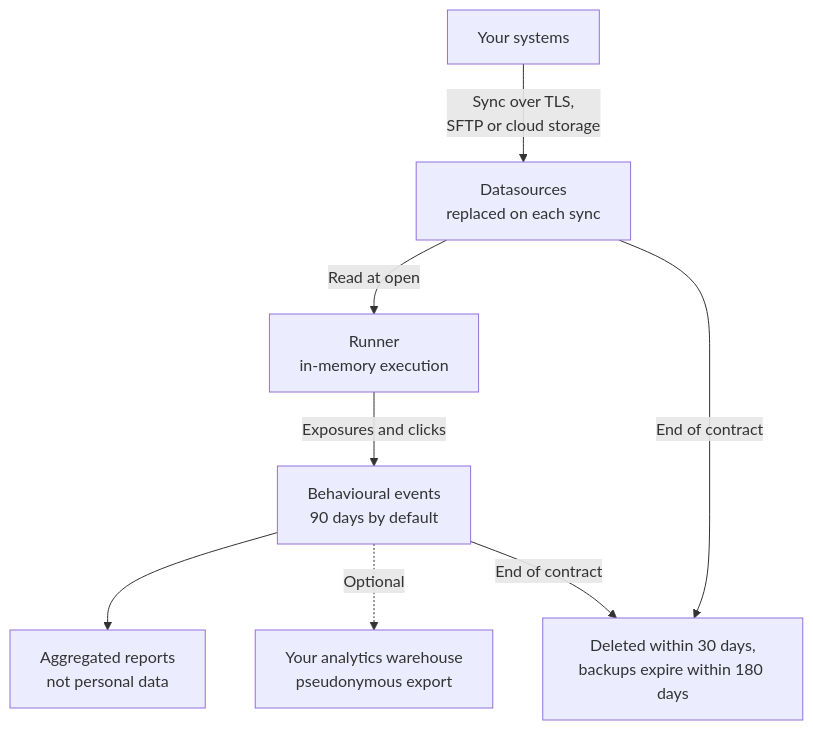
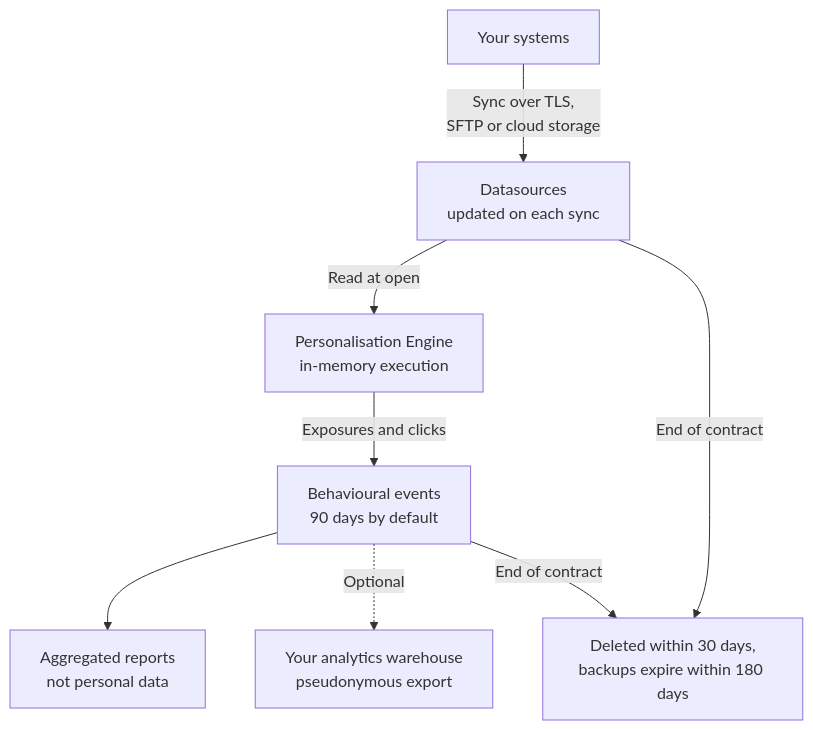
The diagram in why-reelevant/data-protection/processing-details.mdx (reelevant-tech/product-documentation), drawn with Mermaid before and after one commit. The commit also changed other lines of this file and 3 other files, not shown here.

````diff
--- a/why-reelevant/data-protection/processing-details.mdx
+++ b/why-reelevant/data-protection/processing-details.mdx
@@ -11,9 +11,9 @@
 ```mermaid
 flowchart TB
-    SRC["Your systems"] -->|"Sync over TLS,<br/>SFTP or cloud storage"| DS["Datasources<br/>replaced on each sync"]
-    DS -->|"Read at open"| RUN["Runner<br/>in-memory execution"]
+    SRC["Your systems"] -->|"Sync over TLS,<br/>SFTP or cloud storage"| DS["Datasources<br/>updated on each sync"]
+    DS -->|"Read at open"| RUN["Personalisation Engine<br/>in-memory execution"]
     RUN -->|"Exposures and clicks"| EV["Behavioural events<br/>90 days by default"]
     EV --> AGG["Aggregated reports<br/>not personal data"]
     EV -.->|"Optional"| WH["Your analytics warehouse<br/>pseudonymous export"]
     DS & EV -->|"End of contract"| DEL["Deleted within 30 days,<br/>backups expire within 180 days"]
 ```
````
